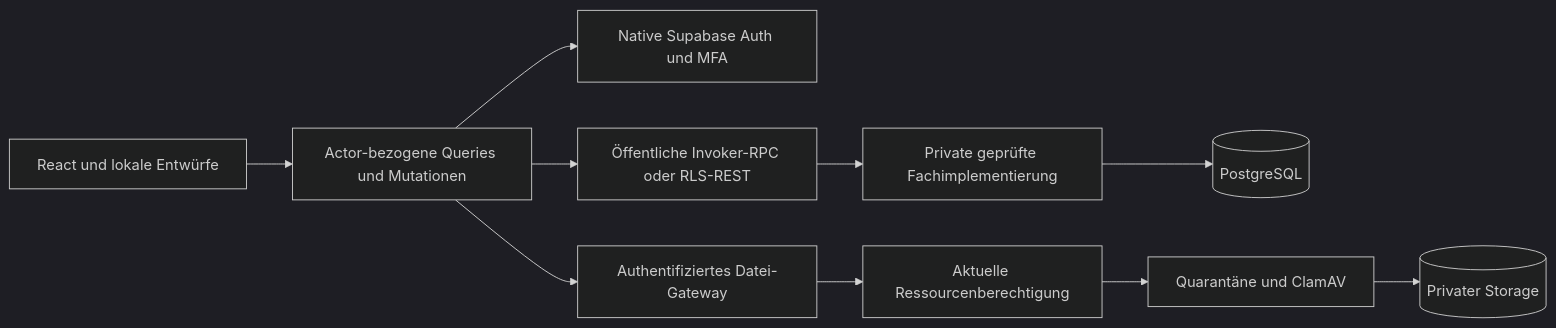
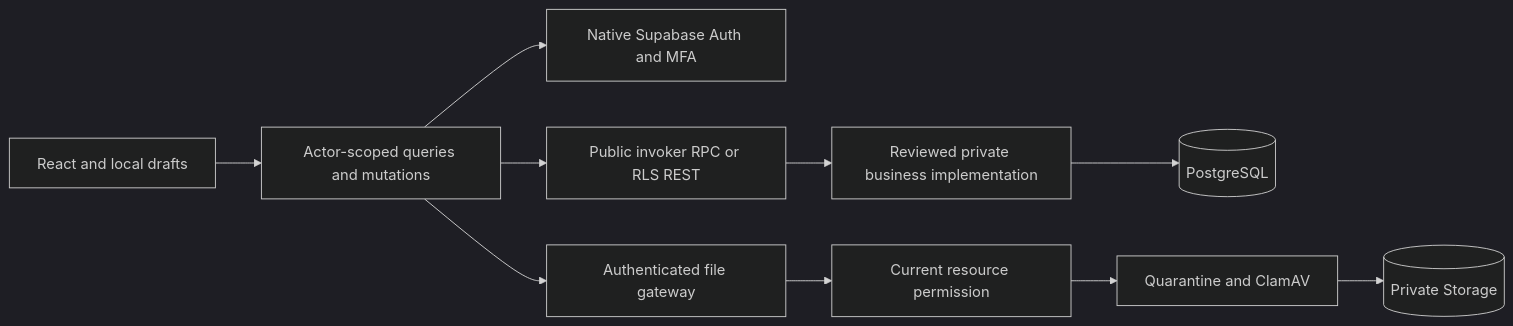
The diagram in docs/DEVELOPER_GUIDE.md (Luminovia-Training-Consulting/Luminovia-Management-Tool), drawn with Mermaid (dark theme) before and after one commit. The commit also changed other lines of this file and 33 other files, not shown here.

Commit message:
docs: publish English guides roadmap and contribution notes

````diff
--- a/docs/DEVELOPER_GUIDE.md
+++ b/docs/DEVELOPER_GUIDE.md
@@ -41,12 +41,12 @@
 ```mermaid
 flowchart LR
-  UI[React und lokale Entwürfe] --> Query[Actor-bezogene Queries und Mutationen]
-  Query --> Auth[Native Supabase Auth und MFA]
-  Query --> API[Öffentliche Invoker-RPC oder RLS-REST]
-  API --> Private[Private geprüfte Fachimplementierung]
+  UI[React and local drafts] --> Query[Actor-scoped queries and mutations]
+  Query --> Auth[Native Supabase Auth and MFA]
+  Query --> API[Public invoker RPC or RLS REST]
+  API --> Private[Reviewed private business implementation]
   Private --> PG[(PostgreSQL)]
-  Query --> Files[Authentifiziertes Datei-Gateway]
-  Files --> Check[Aktuelle Ressourcenberechtigung]
-  Check --> Scan[Quarantäne und ClamAV]
-  Scan --> Storage[(Privater Storage)]
+  Query --> Files[Authenticated file gateway]
+  Files --> Check[Current resource permission]
+  Check --> Scan[Quarantine and ClamAV]
+  Scan --> Storage[(Private Storage)]
 ```
````
